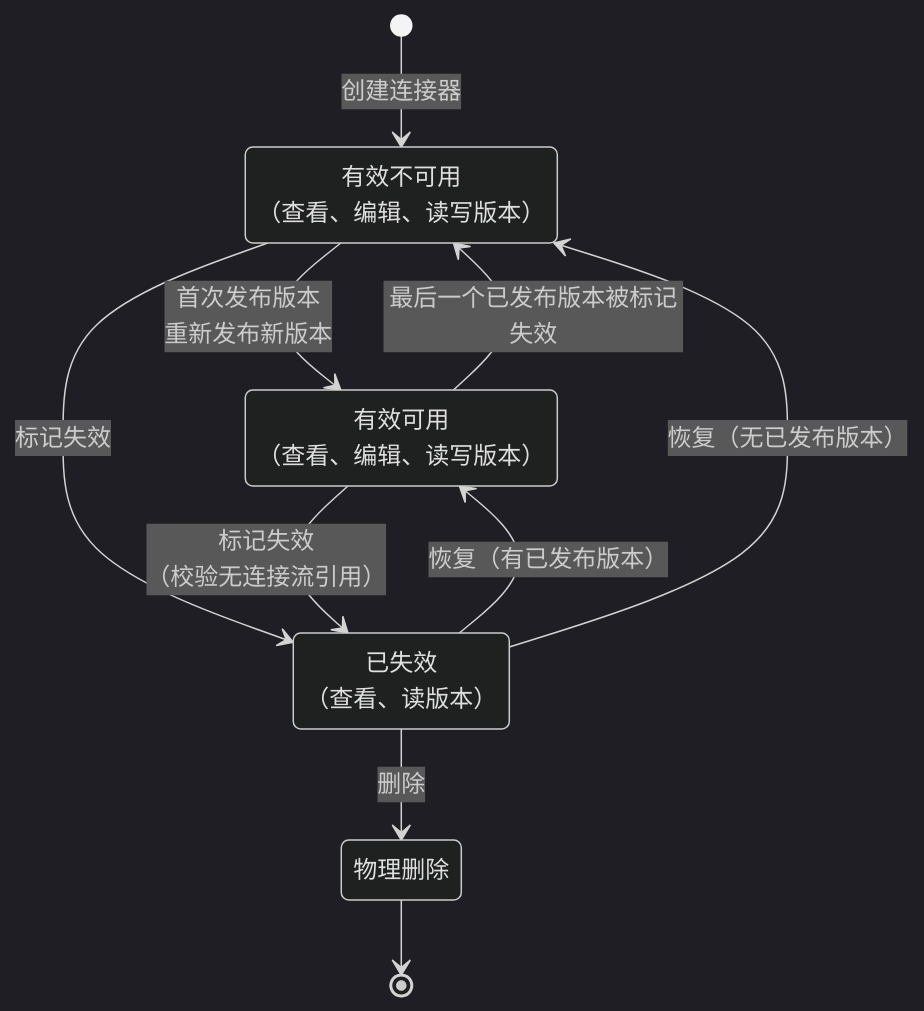
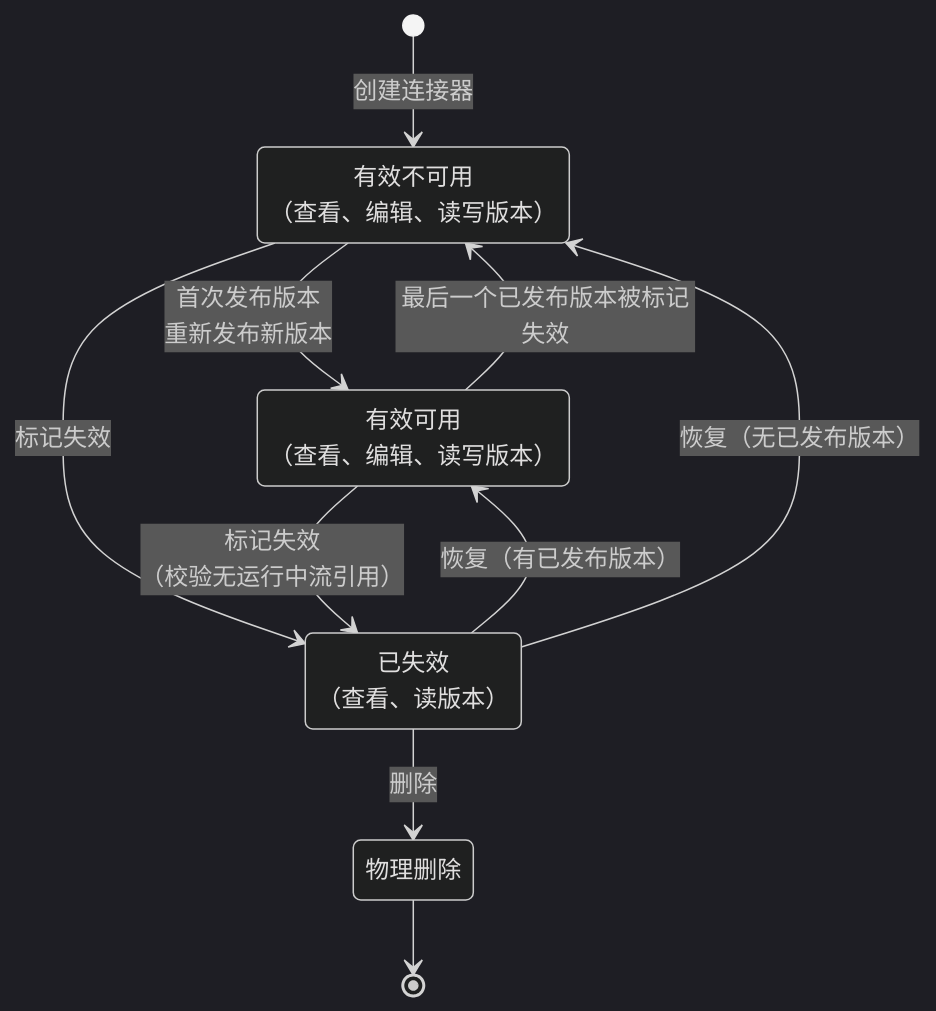
The second of 6 diagrams in .sddu/specs-tree-root/specs-tree-connector-platform-v3/spec.md (THZSummer/open-app), drawn with Mermaid (dark theme) before and after one commit. The commit also changed other lines of this file and 6 other files, not shown here.

````diff
--- a/.sddu/specs-tree-root/specs-tree-connector-platform-v3/spec.md
+++ b/.sddu/specs-tree-root/specs-tree-connector-platform-v3/spec.md
@@ -216,16 +216,16 @@
 ```mermaid
 stateDiagram-v2
     state "有效不可用<br/>（查看、编辑、读写版本）" as 有效不可用
     state "有效可用<br/>（查看、编辑、读写版本）" as 有效可用
     state "已失效<br/>（查看、读版本）" as 已失效
 
     [*] --> 有效不可用 : 创建连接器
     有效不可用 --> 有效可用 : 首次发布版本<br/>重新发布新版本
     有效不可用 --> 已失效 : 标记失效
     有效可用 --> 有效不可用 : 最后一个已发布版本被标记失效
-    有效可用 --> 已失效 : 标记失效<br/>（校验无连接流引用）
+     有效可用 --> 已失效 : 标记失效<br/>（校验无运行中流引用）
     已失效 --> 有效可用 : 恢复（有已发布版本）
     已失效 --> 有效不可用 : 恢复（无已发布版本）
     已失效 --> 物理删除 : 删除
     物理删除 --> [*]
 ```
````
